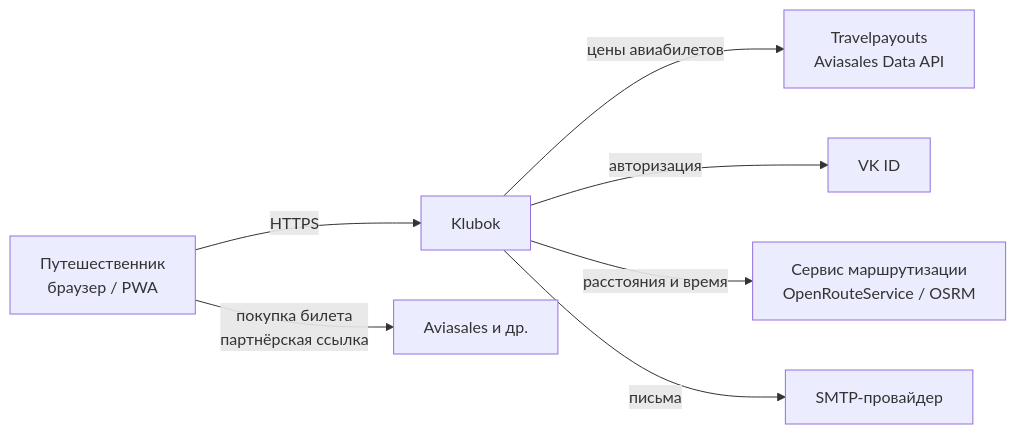
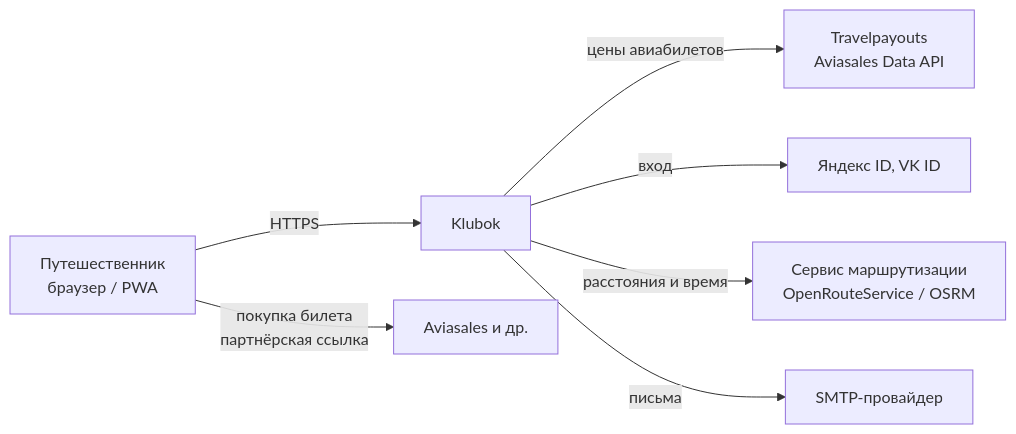
Before and after one commit to SergeyLazarevv/Klubok: the first of 3 diagrams in docs/04-architecture.md, drawn with Mermaid. The commit also changed other lines of this file and 89 other files, not shown here.

````diff
--- a/docs/04-architecture.md
+++ b/docs/04-architecture.md
@@ -13,9 +13,9 @@
 ```mermaid
 flowchart LR
     U[Путешественник<br/>браузер / PWA] -->|HTTPS| K[Klubok]
     K -->|цены авиабилетов| TP[Travelpayouts<br/>Aviasales Data API]
-    K -->|авторизация| VK[VK ID]
+    K -->|вход| VK[Яндекс ID, VK ID]
     K -->|расстояния и время| R[Сервис маршрутизации<br/>OpenRouteService / OSRM]
     K -->|письма| M[SMTP-провайдер]
     U -->|покупка билета<br/>партнёрская ссылка| AS[Aviasales и др.]
 ```
````
